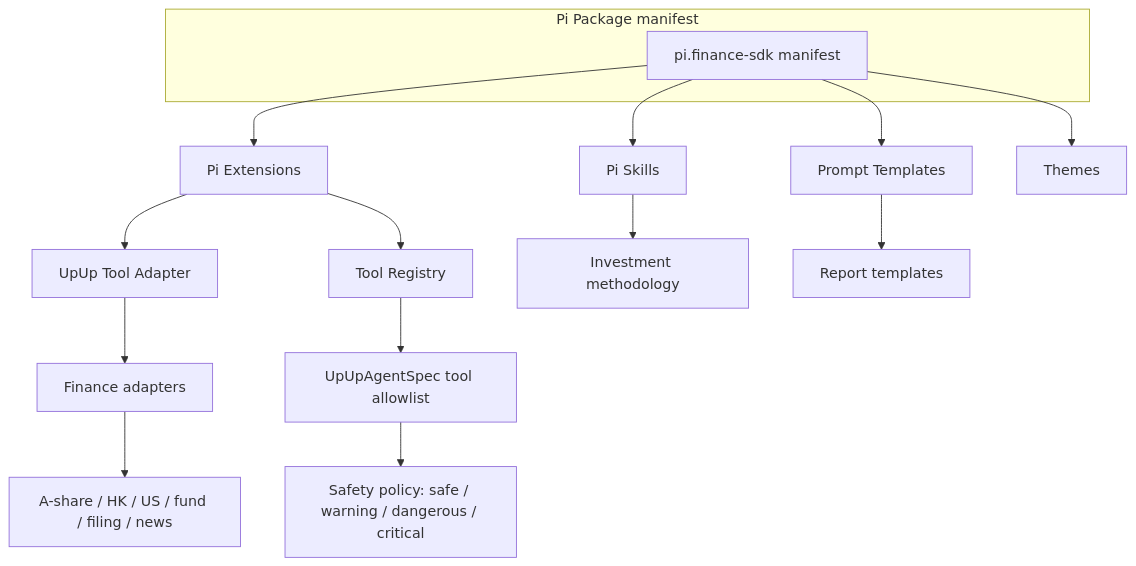
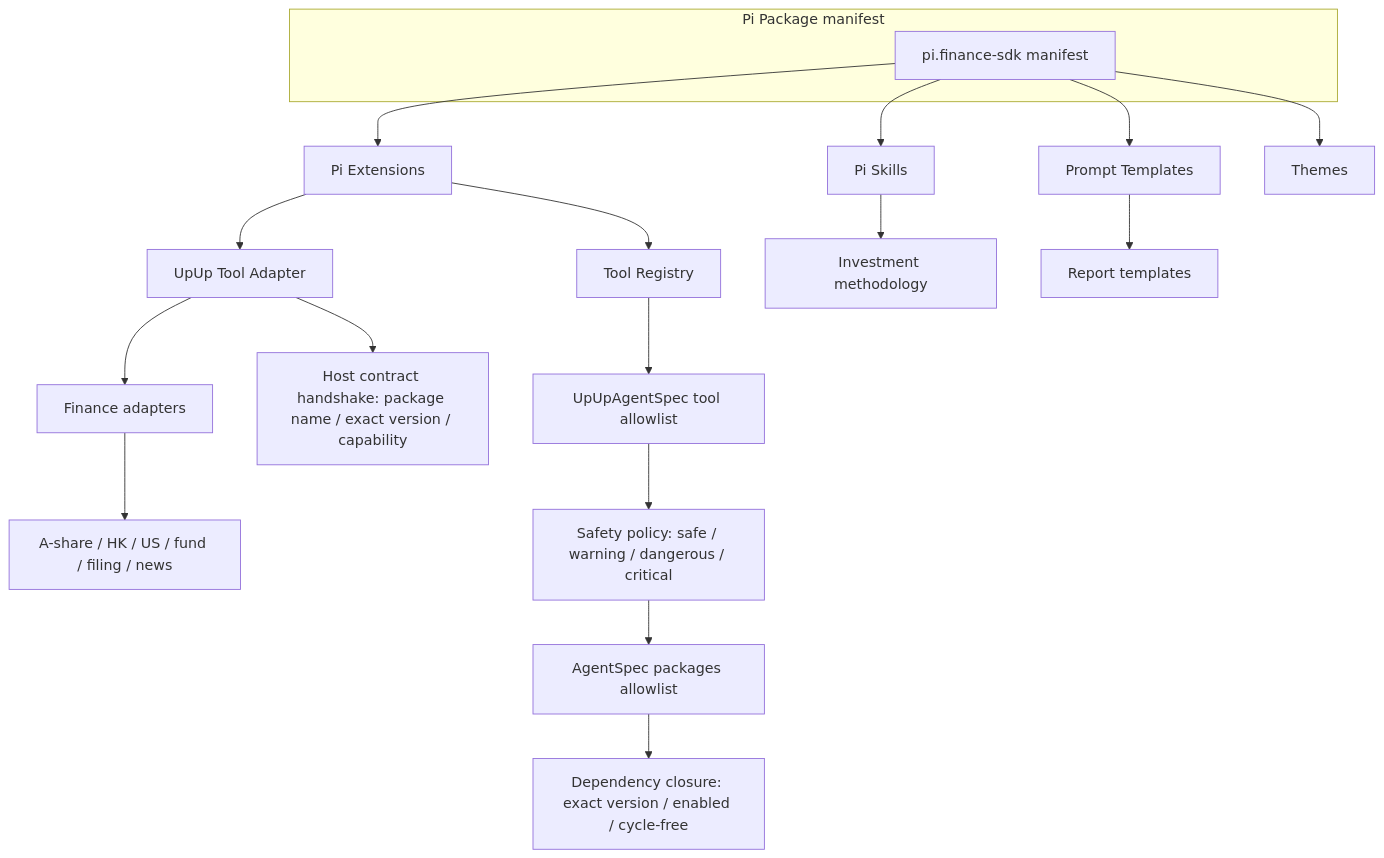
The first of 2 diagrams in docs/architecture/plugin-ecosystem.md (louloulin/upup), drawn with Mermaid before and after one commit. The commit also changed other lines of this file and 100 other files, not shown here.

````diff
--- a/docs/architecture/plugin-ecosystem.md
+++ b/docs/architecture/plugin-ecosystem.md
@@ -9,22 +9,26 @@
 ```mermaid
 flowchart TB
   subgraph "Pi Package manifest"
     M[pi.finance-sdk manifest]
   end
 
   M --> EX[Pi Extensions]
   M --> SK[Pi Skills]
   M --> PT[Prompt Templates]
   M --> TH[Themes]
 
   EX --> EXR[UpUp Tool Adapter]
   EXR --> AD[Finance adapters]
   AD --> S[A-share / HK / US / fund / filing / news]
 
   SK --> AN[Investment methodology]
   PT --> RP[Report templates]
 
   EX --> TM[Tool Registry]
   TM --> SP[UpUpAgentSpec tool allowlist]
-  SP --> SF[Safety policy: safe / warning / dangerous / critical]
+SP --> SF[Safety policy: safe / warning / dangerous / critical]
+
+  SF --> PA[AgentSpec packages allowlist]
+  PA --> DC[Dependency closure: exact version / enabled / cycle-free]
+  EXR --> HC[Host contract handshake: package name / exact version / capability]
 ```
````
